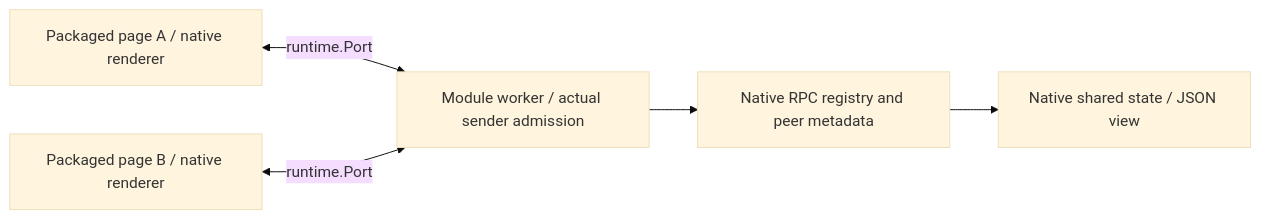
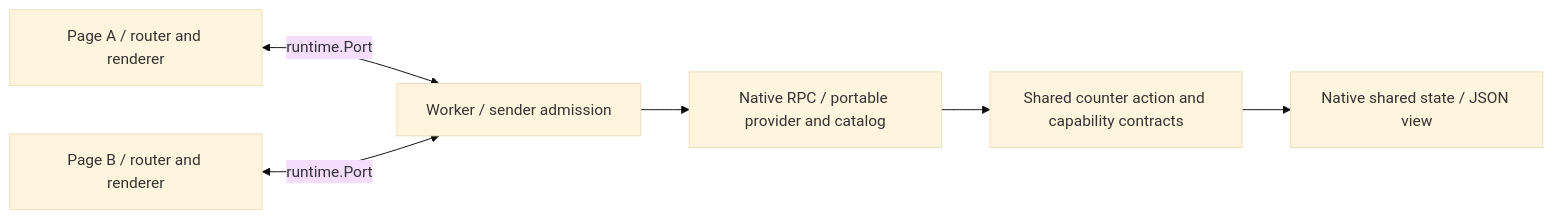
The diagram in examples/webext/README.md (dvcol/devkit-extension), drawn with Mermaid (base theme) before and after one commit. The commit also changed other lines of this file and 51 other files, not shown here.

Commit message:
feat(routing): share native provider catalogs across server and ports (#7)

````diff
--- a/examples/webext/README.md
+++ b/examples/webext/README.md
@@ -13,7 +13,8 @@
 ```mermaid
 flowchart LR
-  A[Packaged page A / native renderer] <-->|runtime.Port| W
-  B[Packaged page B / native renderer] <-->|runtime.Port| W
-  W[Module worker / actual sender admission] --> R[Native RPC registry and peer metadata]
-  R --> S[Native shared state / JSON view]
+  A[Page A / router and renderer] <-->|runtime.Port| W
+  B[Page B / router and renderer] <-->|runtime.Port| W
+  W[Worker / sender admission] --> R[Native RPC / portable provider and catalog]
+  R --> C[Shared counter action and capability contracts]
+  C --> S[Native shared state / JSON view]
 ```
````
